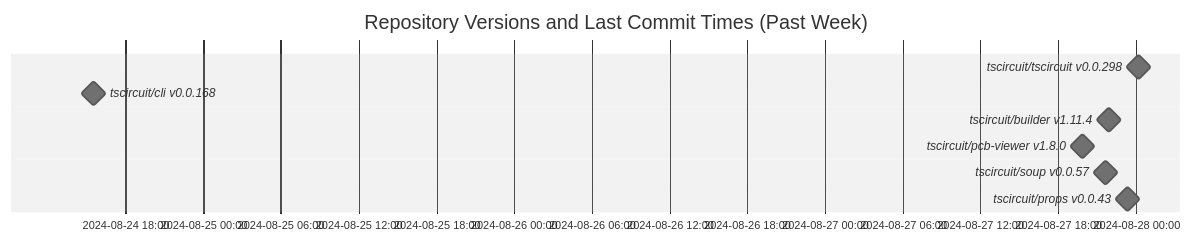
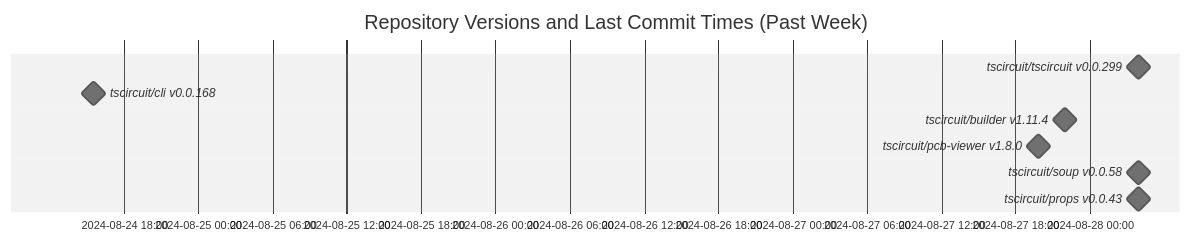
One commit to tscircuit/version-tracker changed the diagram in README.md. Above: the diagram before and after it, drawn with Mermaid (neutral theme).

Commit message:
Update chart

````diff
--- a/README.md
+++ b/README.md
@@ -1,13 +1,13 @@
 ```mermaid
 gantt
   dateFormat  YYYY-MM-DD HH:mm:ss
   title Repository Versions and Last Commit Times (Past Week)
   axisFormat %Y-%m-%d %H:%M
 
-  tscircuit/tscircuit v0.0.298 : milestone, 2024-08-28 00:12:29, 1s
+  tscircuit/tscircuit v0.0.299 : milestone, 2024-08-28 03:53:09, 1s
   tscircuit/cli v0.0.168 : milestone, 2024-08-24 15:32:19, 1s
   tscircuit/builder v1.11.4 : milestone, 2024-08-27 21:56:45, 1s
   tscircuit/pcb-viewer v1.8.0 : milestone, 2024-08-27 19:53:15, 1s
-  tscircuit/soup v0.0.57 : milestone, 2024-08-27 21:37:32, 1s
-  tscircuit/props v0.0.43 : milestone, 2024-08-27 23:21:38, 1s
+  tscircuit/soup v0.0.58 : milestone, 2024-08-28 03:54:04, 1s
+  tscircuit/props v0.0.43 : milestone, 2024-08-28 03:55:41, 1s
 ```
````
